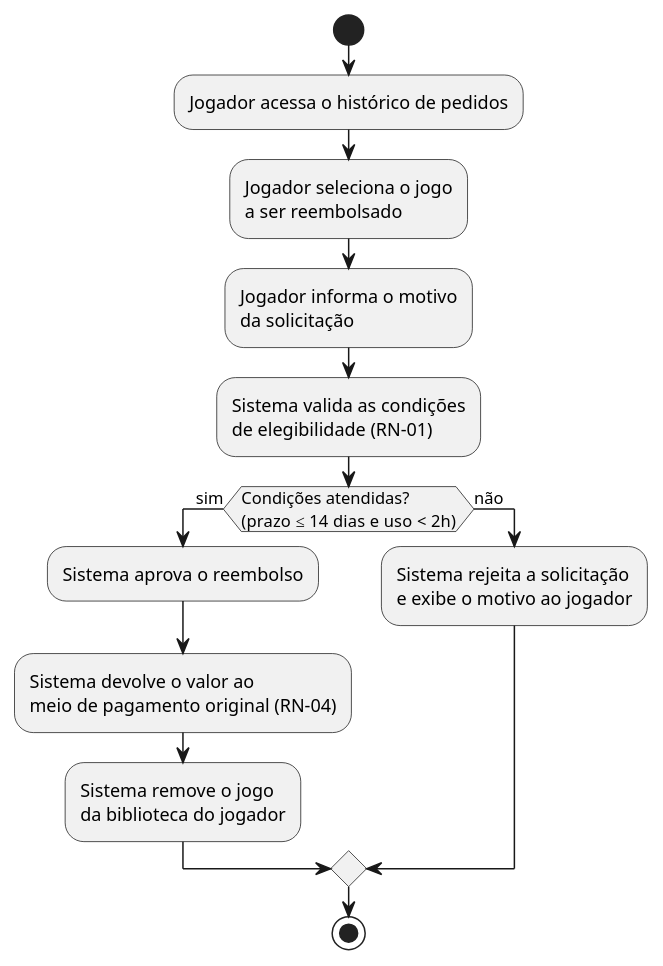
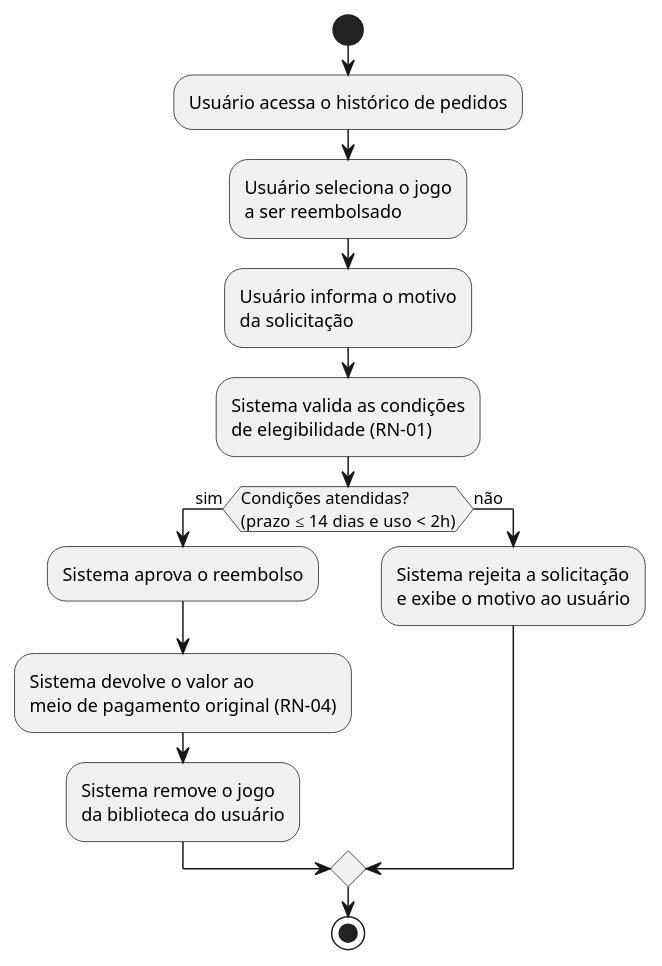
One commit to osantana/a3-ms changed the fifth of 14 diagrams in projeto-vapor.adoc. Above: the diagram before and after it, drawn with PlantUML. The commit also changed other lines of this file and 33 other files, not shown here.

```diff
--- a/projeto-vapor.adoc
+++ b/projeto-vapor.adoc
@@ -561,18 +541,18 @@
 [plantuml, pdfwidth=60%]
 ----
 @startuml
 start
-:Jogador acessa o histórico de pedidos;
-:Jogador seleciona o jogo\na ser reembolsado;
-:Jogador informa o motivo\nda solicitação;
+:Usuário acessa o histórico de pedidos;
+:Usuário seleciona o jogo\na ser reembolsado;
+:Usuário informa o motivo\nda solicitação;
 :Sistema valida as condições\nde elegibilidade (RN-01);
 if (Condições atendidas?\n(prazo ≤ 14 dias e uso < 2h)) then (sim)
   :Sistema aprova o reembolso;
   :Sistema devolve o valor ao\nmeio de pagamento original (RN-04);
-  :Sistema remove o jogo\nda biblioteca do jogador;
+  :Sistema remove o jogo\nda biblioteca do usuário;
 else (não)
-  :Sistema rejeita a solicitação\ne exibe o motivo ao jogador;
+  :Sistema rejeita a solicitação\ne exibe o motivo ao usuário;
 endif
 stop
 @enduml
 ----
```
